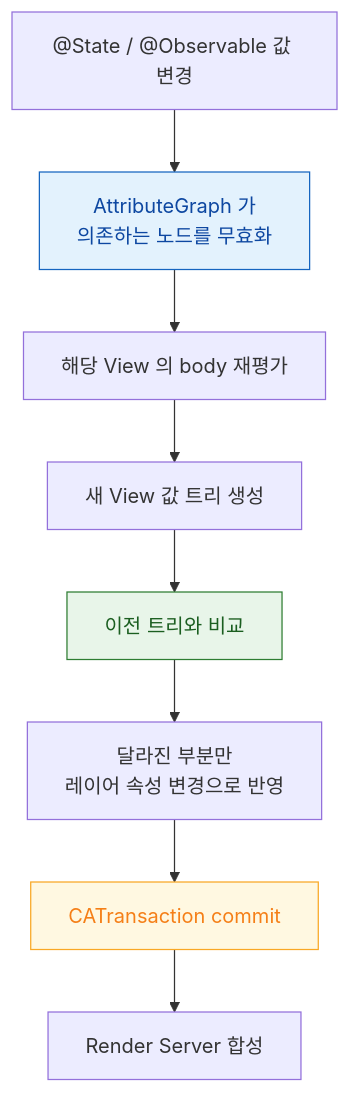
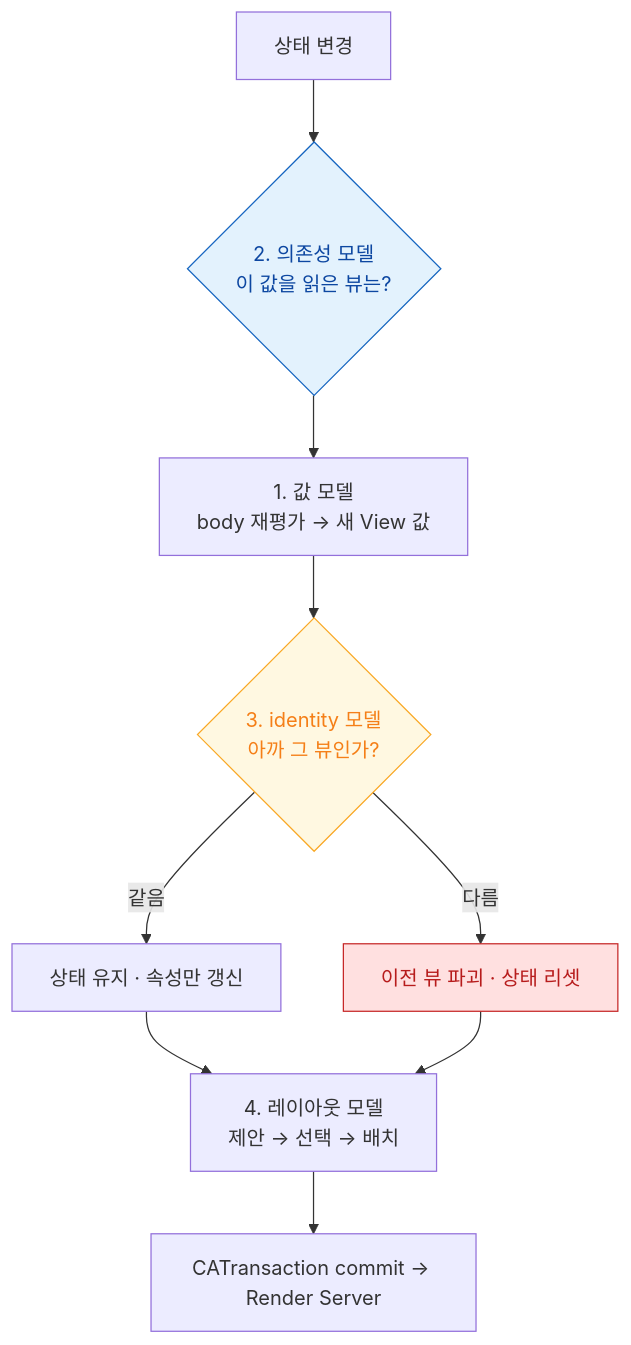
The diagram in 01_inbox/mobile/apple/02_ui_frameworks/apple-swiftui-deep-dive.md (youngmin-gwon/what-i-studied), drawn with Mermaid before and after one commit. The commit also changed other lines of this file and 12 other files, not shown here.

````diff
--- a/01_inbox/mobile/apple/02_ui_frameworks/apple-swiftui-deep-dive.md
+++ b/01_inbox/mobile/apple/02_ui_frameworks/apple-swiftui-deep-dive.md
@@ -17,14 +18,15 @@
 ```mermaid
 flowchart TD
-    S["@State / @Observable 값 변경"] --> G["AttributeGraph 가<br/>의존하는 노드를 무효화"]
-    G --> B["해당 View 의 body 재평가"]
-    B --> V["새 View 값 트리 생성"]
-    V --> D["이전 트리와 비교"]
-    D --> L["달라진 부분만<br/>레이어 속성 변경으로 반영"]
-    L --> C["CATransaction commit"]
-    C --> R["Render Server 합성"]
+    S["상태 변경"] --> DG{"2. 의존성 모델<br/>이 값을 읽은 뷰는?"}
+    DG --> B["1. 값 모델<br/>body 재평가 → 새 View 값"]
+    B --> ID{"3. identity 모델<br/>아까 그 뷰인가?"}
+    ID -->|"같음"| K["상태 유지 · 속성만 갱신"]
+    ID -->|"다름"| N["이전 뷰 파괴 · 상태 리셋"]
+    K --> L["4. 레이아웃 모델<br/>제안 → 선택 → 배치"]
+    N --> L
+    L --> C["CATransaction commit → Render Server"]
 
-    style G fill:#e3f2fd,stroke:#1565c0,color:#0d47a1
-    style D fill:#e8f5e9,stroke:#2e7d32,color:#1b5e20
-    style C fill:#fff8e1,stroke:#f9a825,color:#f57f17
+    style DG fill:#e3f2fd,stroke:#1565c0,color:#0d47a1
+    style ID fill:#fff8e1,stroke:#f9a825,color:#f57f17
+    style N fill:#ffe0e0,stroke:#c62828,color:#b71c1c
 ```
````
